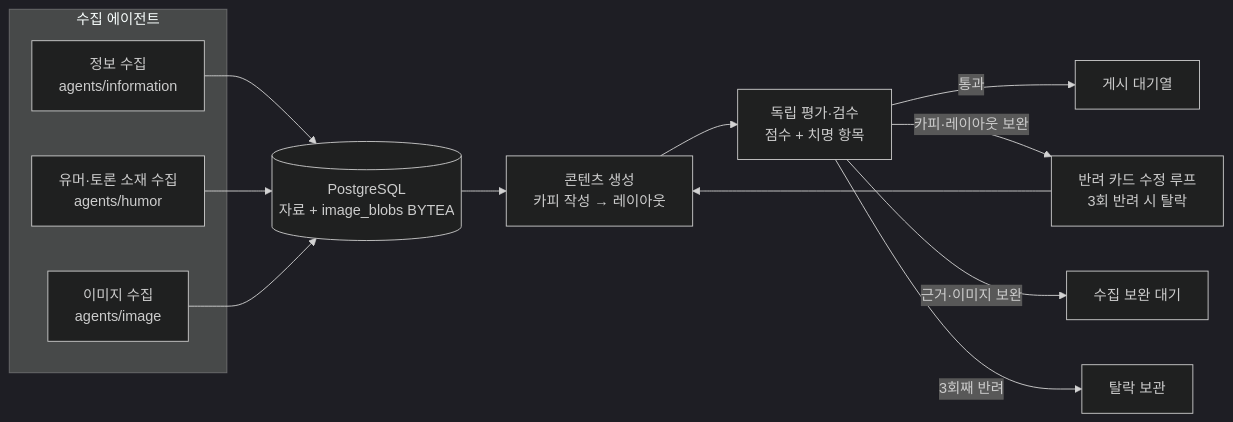
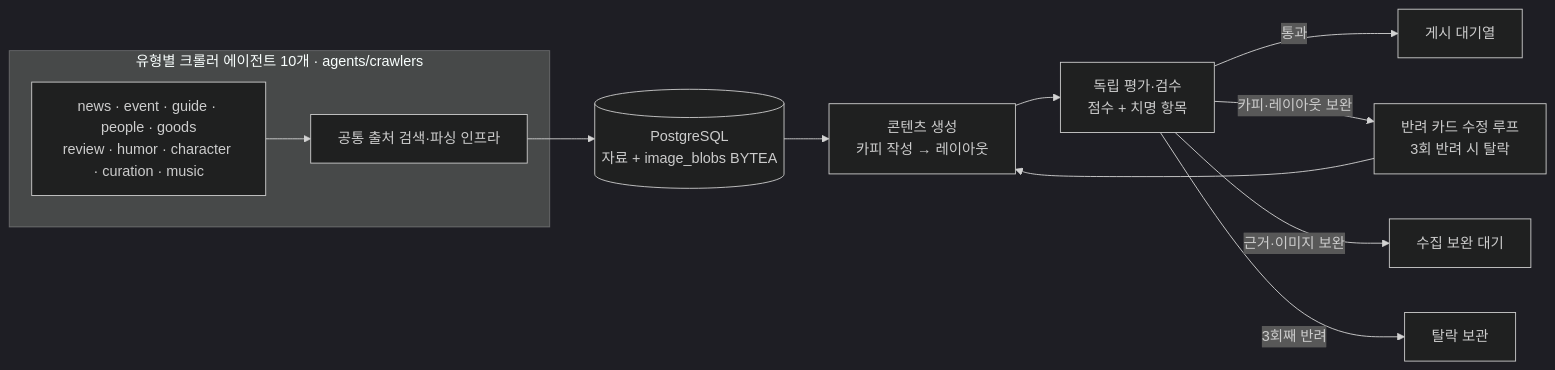
The diagram in agents/ani_me;nu/src/ani_menu_agent/agents/README.md (Por0ri/me-and-nu), drawn with Mermaid (dark theme) before and after one commit. The commit also changed other lines of this file and 124 other files, not shown here.

````diff
--- a/agents/ani_me;nu/src/ani_menu_agent/agents/README.md
+++ b/agents/ani_me;nu/src/ani_menu_agent/agents/README.md
@@ -5,23 +5,21 @@
 ```mermaid
 flowchart LR
-  subgraph C[수집 에이전트]
-    I[정보 수집\nagents/information]
-    H[유머·토론 소재 수집\nagents/humor]
-    M[이미지 수집\nagents/image]
+  subgraph C[유형별 크롤러 에이전트 10개 · agents/crawlers]
+    TYPE[news · event · guide · people · goods\nreview · humor · character · curation · music]
+    COLLECT[공통 출처 검색·파싱 인프라]
+    TYPE --> COLLECT
   end
   DB[(PostgreSQL\n자료 + image_blobs BYTEA)]
   G[콘텐츠 생성\n카피 작성 → 레이아웃]
   R[독립 평가·검수\n점수 + 치명 항목]
   FEED[게시 대기열]
   FIX[반려 카드 수정 루프\n3회 반려 시 탈락]
   CRAWL[수집 보완 대기]
   ARCHIVE[탈락 보관]
-  I --> DB
-  H --> DB
-  M --> DB
+  COLLECT --> DB
   DB --> G --> R
   R -->|통과| FEED
   R -->|카피·레이아웃 보완| FIX --> G
   R -->|근거·이미지 보완| CRAWL
   R -->|3회째 반려| ARCHIVE
 ```
````
